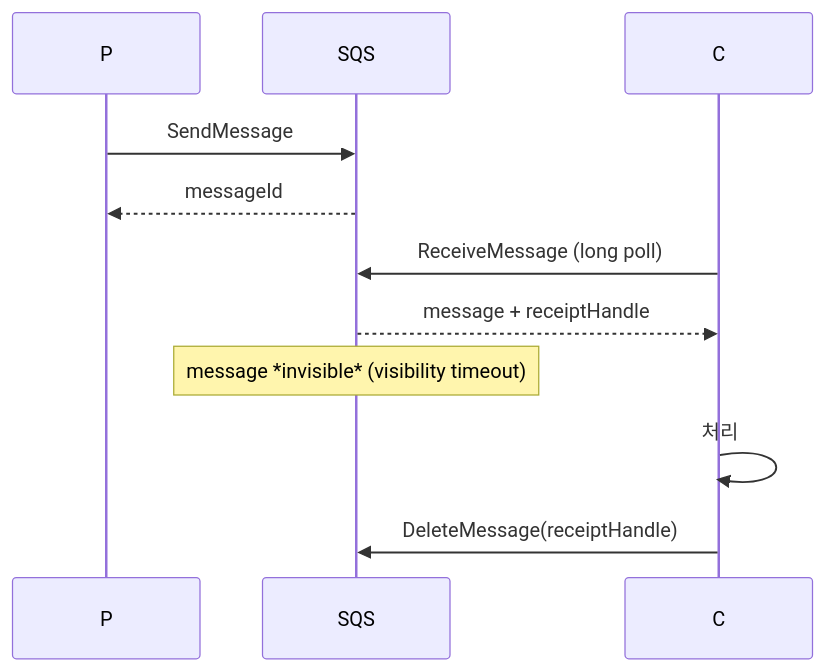
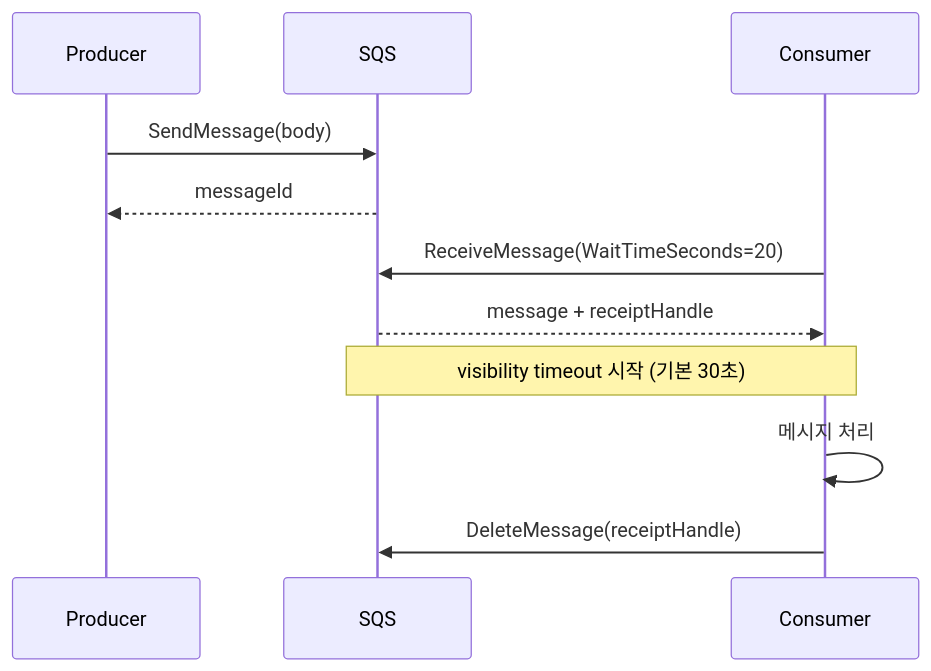
Before and after one commit to shinkeonkim/shinkeonkim.github.io: the first of 3 diagrams in src/content/wiki/cloud/aws-sqs.mdx, drawn with Mermaid. The commit also changed other lines of this file and 526 other files, not shown here.

First line of the commit message:
content(wiki): 전수조사 및 대규모 보강 (짧은 파일 0, mermaid +645)

````diff
--- a/src/content/wiki/cloud/aws-sqs.mdx
+++ b/src/content/wiki/cloud/aws-sqs.mdx
@@ -31,10 +32,14 @@
 ```mermaid
 sequenceDiagram
-    P->>SQS: SendMessage
+    participant P as Producer
+    participant SQS
+    participant C as Consumer
+
+    P->>SQS: SendMessage(body)
     SQS-->>P: messageId
-    C->>SQS: ReceiveMessage (long poll)
+    C->>SQS: ReceiveMessage(WaitTimeSeconds=20)
     SQS-->>C: message + receiptHandle
-    Note over SQS: message *invisible* (visibility timeout)
-    C->>C: 처리
+    Note over SQS,C: visibility timeout 시작 (기본 30초)
+    C->>C: 메시지 처리
     C->>SQS: DeleteMessage(receiptHandle)
 ```
````
